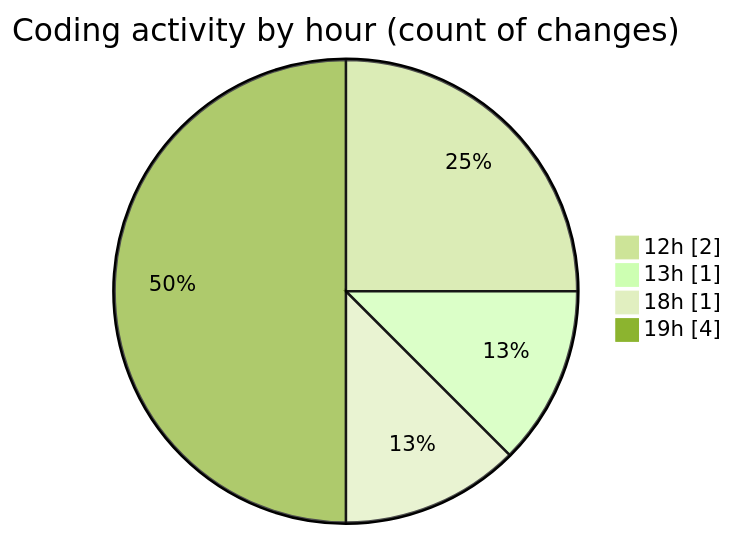
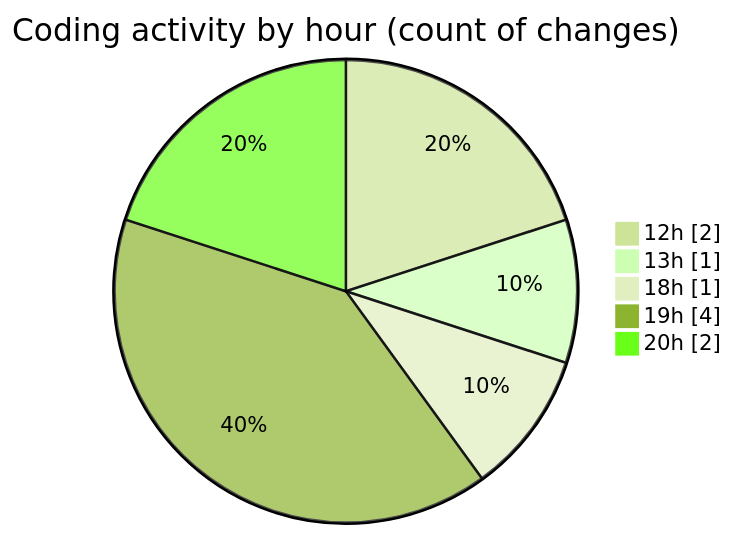
The second of 2 diagrams in 2025-02-10/classwork/README.md (NitaiMahat/code-tracking), drawn with Mermaid (forest theme) before and after one commit. The commit also changed other lines of this file and 1 other file, not shown here.

````diff
--- a/2025-02-10/classwork/README.md
+++ b/2025-02-10/classwork/README.md
@@ -31,8 +32,9 @@
 ```mermaid
 pie showData
 title Coding activity by hour (count of changes)
 "12h" : 2
 "13h" : 1
 "18h" : 1
 "19h" : 4
+"20h" : 2
 ```
````
